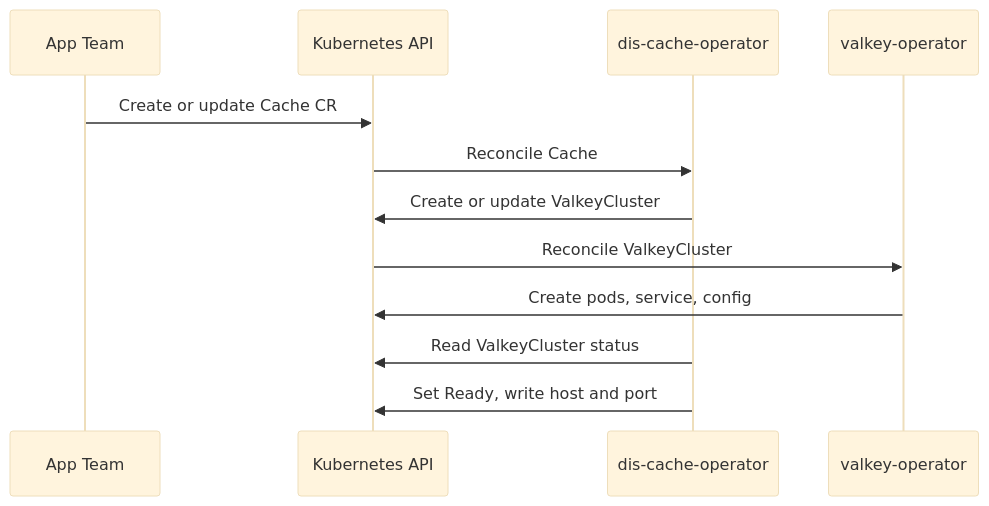
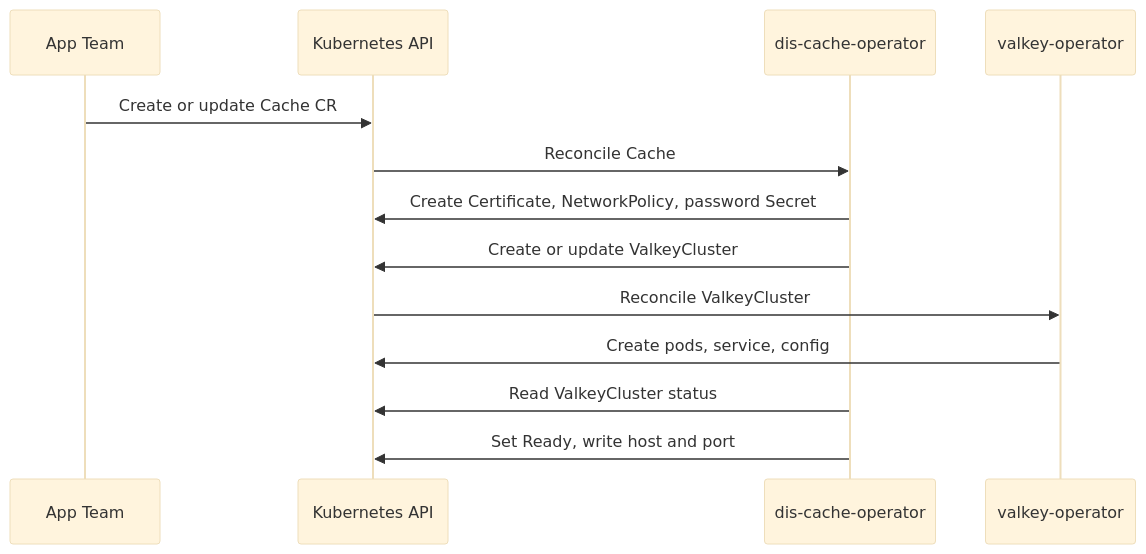
Before and after one commit to Altinn/altinn-platform: the diagram in rfcs/0014-self-service-cache.md, drawn with Mermaid (base theme). The commit also changed other lines of this file, not shown here.

````diff
--- a/rfcs/0014-self-service-cache.md
+++ b/rfcs/0014-self-service-cache.md
@@ -100,15 +121,16 @@
 ```mermaid
 sequenceDiagram
 participant dev as App Team
 participant kapi as Kubernetes API
 participant cacheop as dis-cache-operator
 participant valkeyop as valkey-operator
 
 dev->>kapi: Create or update Cache CR
 kapi->>cacheop: Reconcile Cache
+cacheop->>kapi: Create Certificate, NetworkPolicy, password Secret
 cacheop->>kapi: Create or update ValkeyCluster
 kapi->>valkeyop: Reconcile ValkeyCluster
 valkeyop->>kapi: Create pods, service, config
 cacheop->>kapi: Read ValkeyCluster status
 cacheop->>kapi: Set Ready, write host and port
 ```
````
